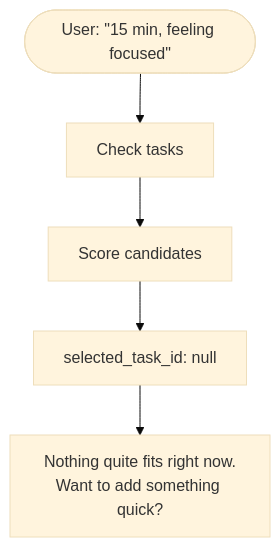
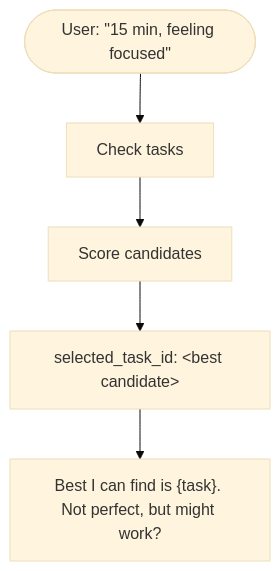
Before and after one commit to NickBorgersProbably/hide-my-list: diagram 24 of 28 in docs/user-interactions.md, drawn with Mermaid (base theme). The commit also changed other lines of this file and 4 other files, not shown here.

````diff
--- a/docs/user-interactions.md
+++ b/docs/user-interactions.md
@@ -1013,8 +1011,8 @@
 ```mermaid
 flowchart TD
     Request(["User: #quot;15 min, feeling focused#quot;"]) --> Check[Check tasks]
     Check --> Score[Score candidates]
-    Score --> Null["selected_task_id: null"]
+    Score --> Suggest["selected_task_id: &lt;best candidate&gt;"]
 
-    Null --> Reply["Nothing quite fits right now.<br/>Want to add something quick?"]
+    Suggest --> Reply["Best I can find is {task}. Not perfect, but might work?"]
 ```
````
